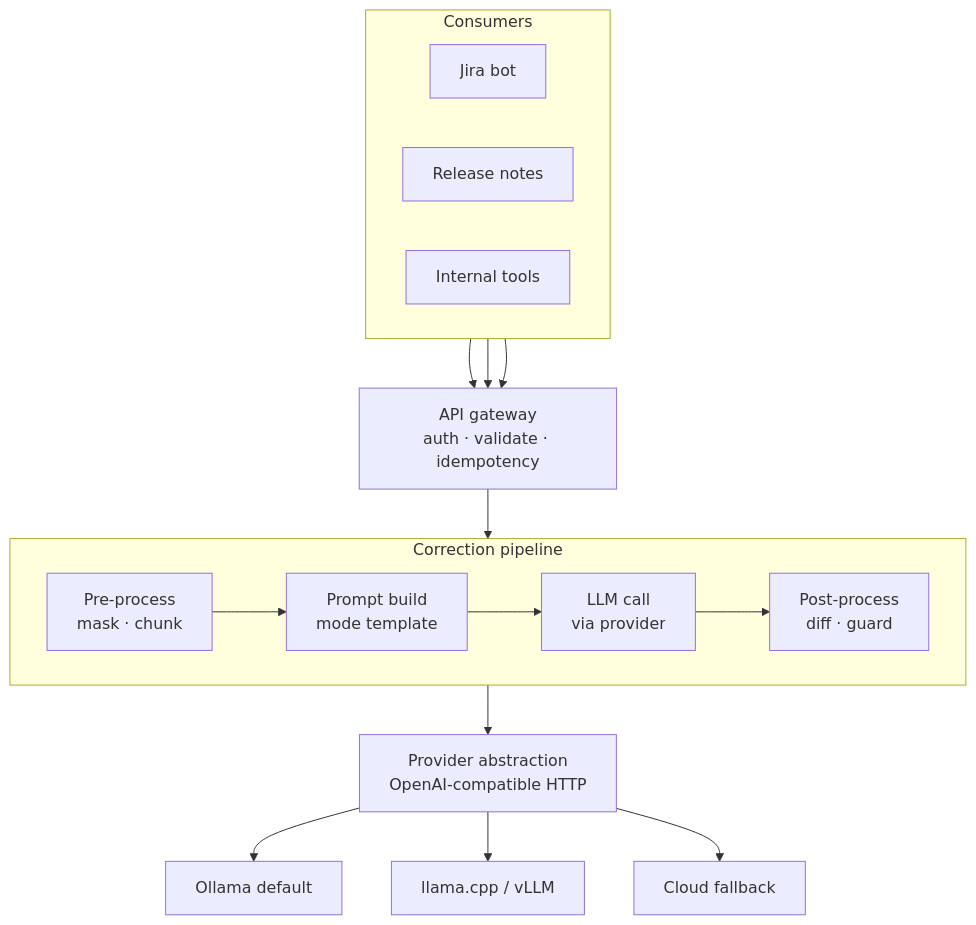
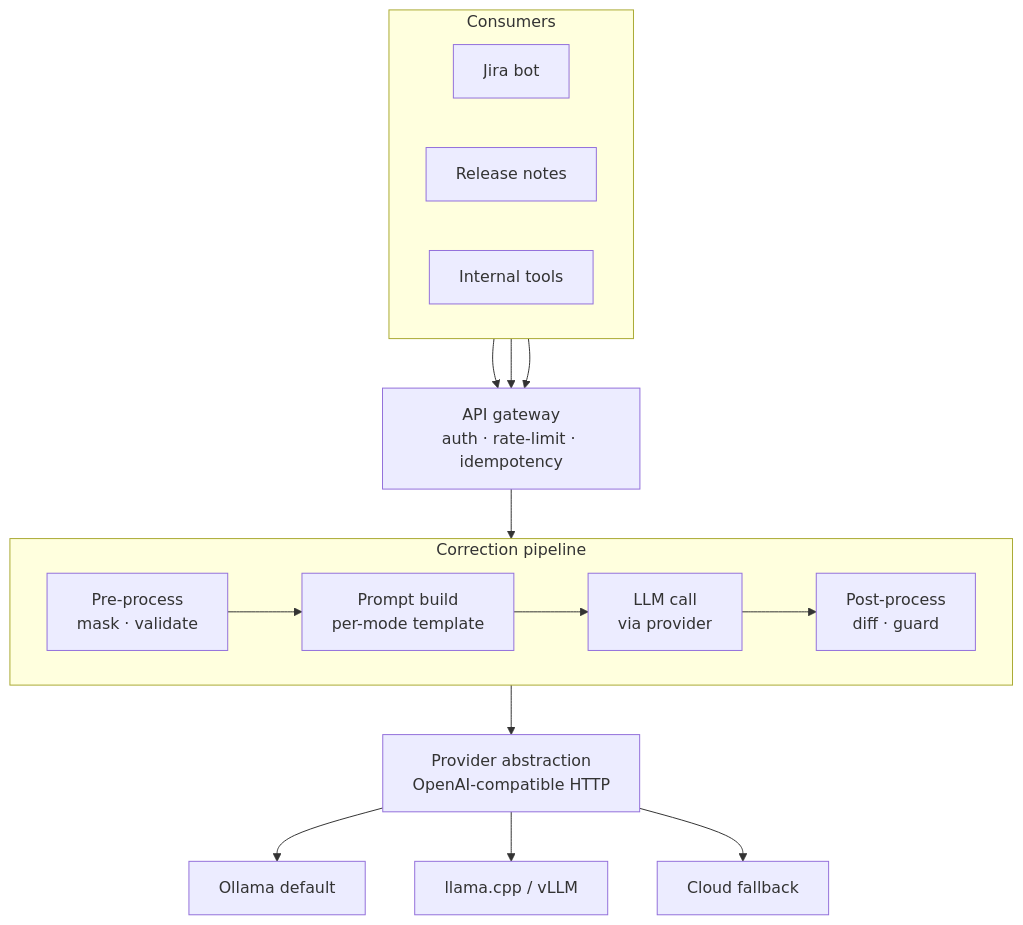
The diagram in docs/architecture.md (skyakash/text-checker), drawn with Mermaid before and after one commit. The commit also changed other lines of this file and 1 other file, not shown here.

````diff
--- a/docs/architecture.md
+++ b/docs/architecture.md
@@ -9,29 +11,29 @@
 ```mermaid
 flowchart TD
   subgraph Consumers
     direction LR
     JIRA[Jira bot]
     REL[Release notes]
     CLI[Internal tools]
   end
 
   JIRA --> API
   REL --> API
   CLI --> API
 
-  API["API gateway<br/>auth · validate · idempotency"]
+  API["API gateway<br/>auth · rate-limit · idempotency"]
   API --> PRE
 
   subgraph Pipeline [Correction pipeline]
     direction LR
-    PRE["Pre-process<br/>mask · chunk"] --> PROMPT["Prompt build<br/>mode template"]
+    PRE["Pre-process<br/>mask · validate"] --> PROMPT["Prompt build<br/>per-mode template"]
     PROMPT --> LLM["LLM call<br/>via provider"]
     LLM --> POST["Post-process<br/>diff · guard"]
   end
 
   LLM --> PROV
   PROV["Provider abstraction<br/>OpenAI-compatible HTTP"]
   PROV --> OLLAMA[Ollama default]
   PROV --> LCPP[llama.cpp / vLLM]
   PROV --> CLOUD[Cloud fallback]
 ```
````
